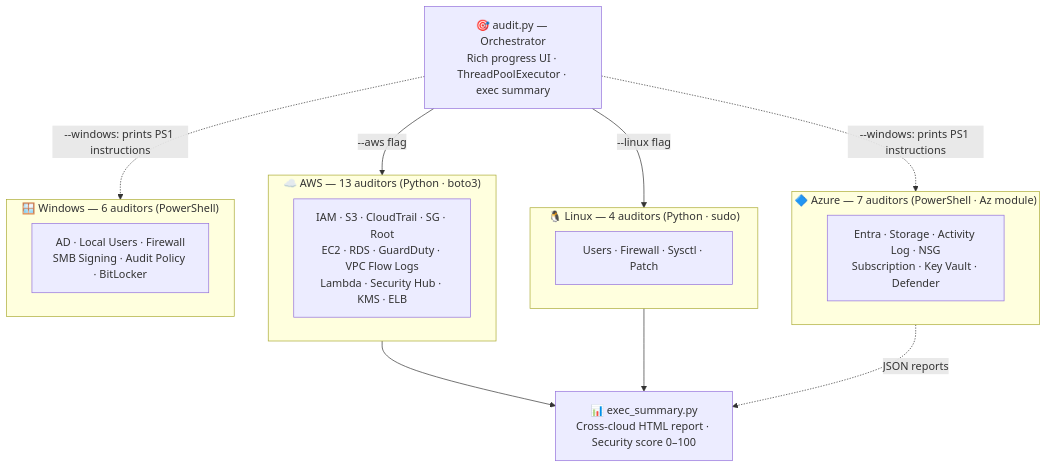
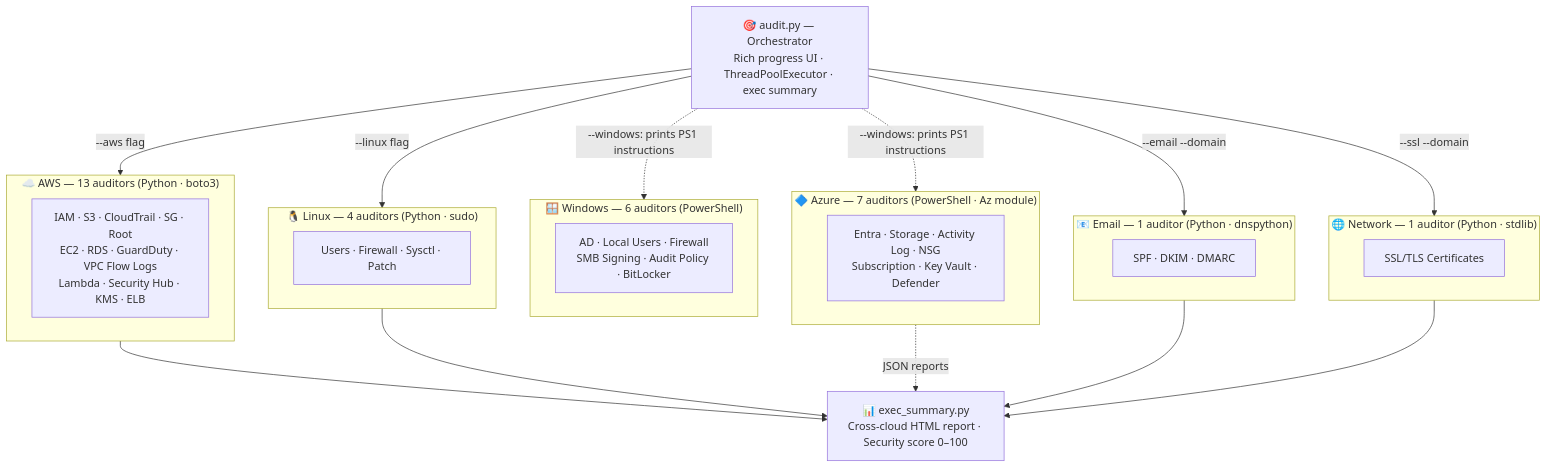
The diagram in README.md (Decdd19/SecurityAuditScripts), drawn with Mermaid before and after one commit. The commit also changed other lines of this file and 1 other file, not shown here.

Commit message:
docs: add Network/SSL-TLS auditor to root README and create Network/README.md

````diff
--- a/README.md
+++ b/README.md
@@ -13,29 +13,41 @@
 ```mermaid
 graph TD
     O["🎯 audit.py — Orchestrator\nRich progress UI · ThreadPoolExecutor · exec summary"]
 
     subgraph AWS["☁️ AWS  —  13 auditors  (Python · boto3)"]
         A["IAM · S3 · CloudTrail · SG · Root\nEC2 · RDS · GuardDuty · VPC Flow Logs\nLambda · Security Hub · KMS · ELB"]
     end
 
     subgraph Linux["🐧 Linux  —  4 auditors  (Python · sudo)"]
         L["Users · Firewall · Sysctl · Patch"]
     end
 
     subgraph Azure["🔷 Azure  —  7 auditors  (PowerShell · Az module)"]
         AZ["Entra · Storage · Activity Log · NSG\nSubscription · Key Vault · Defender"]
     end
 
     subgraph Windows["🪟 Windows  —  6 auditors  (PowerShell)"]
         W["AD · Local Users · Firewall\nSMB Signing · Audit Policy · BitLocker"]
     end
 
+    subgraph Email["📧 Email  —  1 auditor  (Python · dnspython)"]
+        E["SPF · DKIM · DMARC"]
+    end
+
+    subgraph Network["🌐 Network  —  1 auditor  (Python · stdlib)"]
+        N["SSL/TLS Certificates"]
+    end
+
     O -->|"--aws flag"| AWS
     O -->|"--linux flag"| Linux
     O -.->|"--windows: prints PS1 instructions"| Azure
     O -.->|"--windows: prints PS1 instructions"| Windows
+    O -->|"--email --domain"| Email
+    O -->|"--ssl --domain"| Network
 
     AWS --> S["📊 exec_summary.py\nCross-cloud HTML report · Security score 0–100"]
     Linux --> S
     Azure -.->|"JSON reports"| S
+    Email --> S
+    Network --> S
 ```
````
